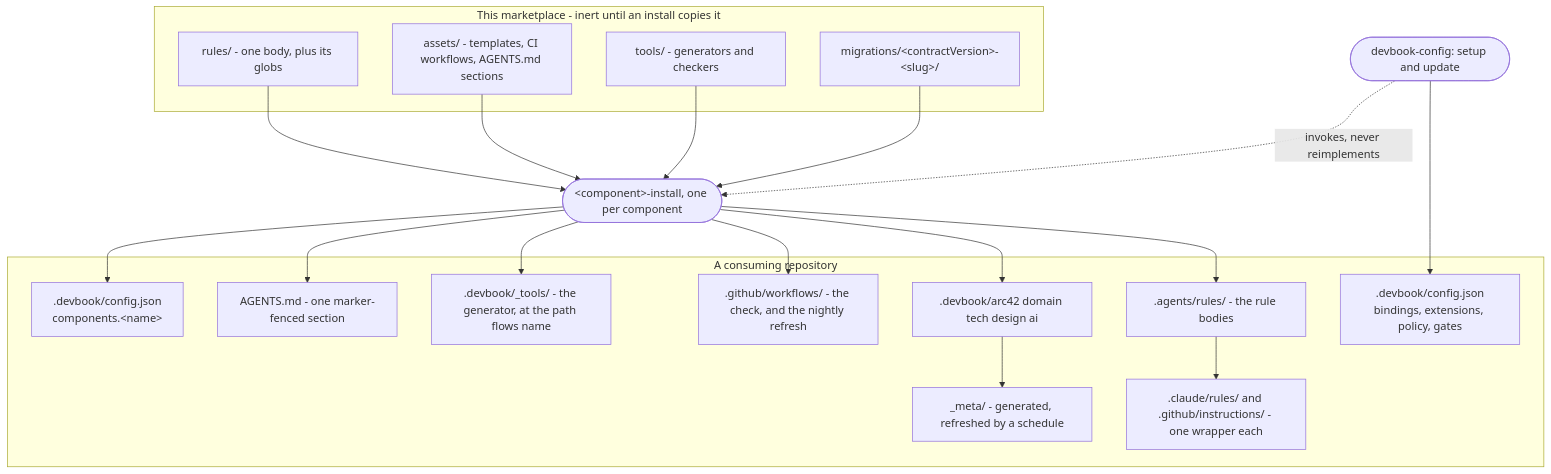
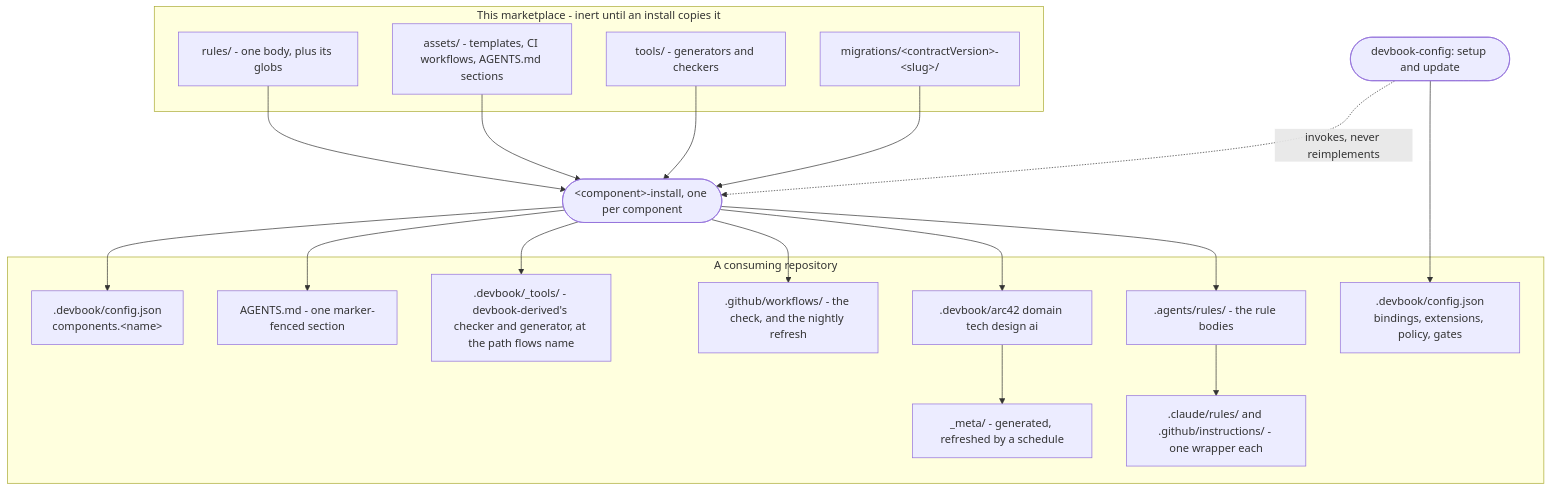
Before and after one commit to JSdotNet/devbook: the third of 3 diagrams in .devbook/arc42/05-building-block-view.md, drawn with Mermaid. The commit also changed other lines of this file and 88 other files, not shown here.

First line of the commit message:
Create devbook-derived and move the tooling into it

````diff
--- a/.devbook/arc42/05-building-block-view.md
+++ b/.devbook/arc42/05-building-block-view.md
@@ -198,39 +199,39 @@
 ```mermaid
 flowchart TB
     subgraph mp["This marketplace - inert until an install copies it"]
         pr["rules/ - one body, plus its globs"]
         pa["assets/ - templates, CI workflows, AGENTS.md sections"]
         pt["tools/ - generators and checkers"]
         pm["migrations/&lt;contractVersion&gt;-&lt;slug&gt;/"]
     end
 
     setup(["devbook-config: setup and update"])
     inst(["&lt;component&gt;-install, one per component"])
 
     subgraph repo["A consuming repository"]
         ar[".agents/rules/ - the rule bodies"]
         cw[".claude/rules/ and .github/instructions/ - one wrapper each"]
         folders[".devbook/arc42 domain tech design ai"]
         meta["_meta/ - generated, refreshed by a schedule"]
         wf[".github/workflows/ - the check, and the nightly refresh"]
-        tools[".devbook/_tools/ - the generator, at the path flows name"]
+        tools[".devbook/_tools/ - devbook-derived's checker and generator, at the path flows name"]
         agents["AGENTS.md - one marker-fenced section"]
         cfgE[".devbook/config.json<br/>bindings, extensions, policy, gates"]
         cfgC[".devbook/config.json<br/>components.&lt;name&gt;"]
     end
 
     pr --> inst
     pa --> inst
     pt --> inst
     pm --> inst
     inst --> ar
     ar --> cw
     inst --> folders
     inst --> wf
     inst --> tools
     inst --> agents
     inst --> cfgC
     setup --> cfgE
     setup -.->|"invokes, never reimplements"| inst
     folders --> meta
 ```
````
